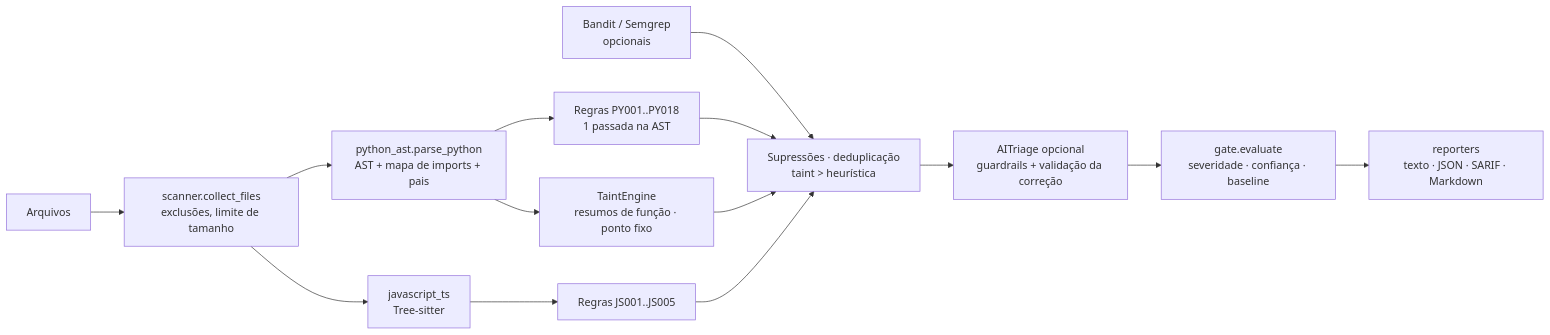
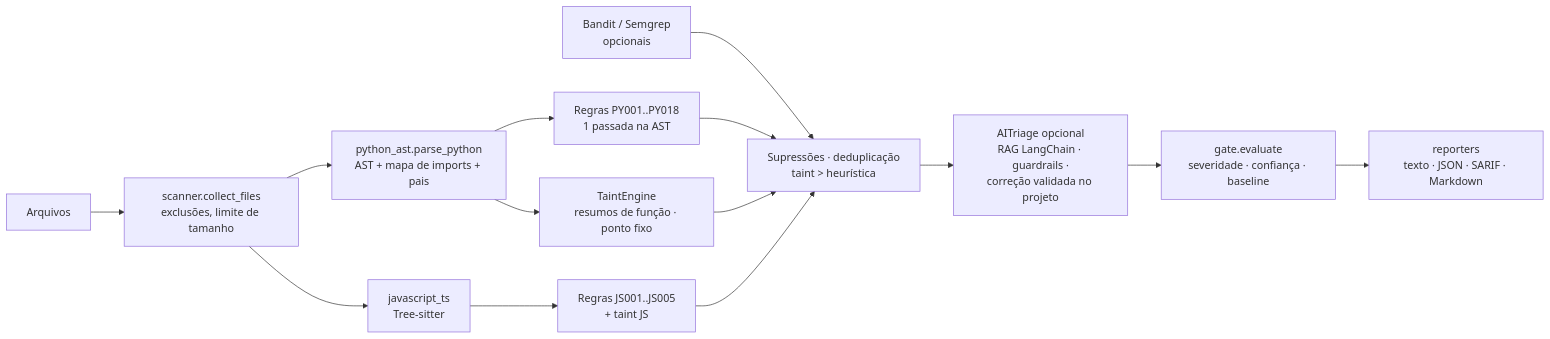
Before and after one commit to felipe3103/cp-sast-devsecops: the third of 4 diagrams in docs/arquitetura.md, drawn with Mermaid. The commit also changed other lines of this file and 34 other files, not shown here.

````diff
--- a/docs/arquitetura.md
+++ b/docs/arquitetura.md
@@ -51,16 +51,16 @@
 ```mermaid
 flowchart LR
     files[Arquivos] --> col[scanner.collect_files<br/>exclusões, limite de tamanho]
     col --> py[python_ast.parse_python<br/>AST + mapa de imports + pais]
     col --> js[javascript_ts<br/>Tree-sitter]
     py --> rules[Regras PY001..PY018<br/>1 passada na AST]
     py --> taint[TaintEngine<br/>resumos de função · ponto fixo]
-    js --> jsr[Regras JS001..JS005]
+    js --> jsr[Regras JS001..JS005<br/>+ taint JS]
     ext[Bandit / Semgrep<br/>opcionais] --> dedup
     rules --> dedup[Supressões · deduplicação<br/>taint &gt; heurística]
     taint --> dedup
     jsr --> dedup
-    dedup --> ai[AITriage opcional<br/>guardrails + validação da correção]
+    dedup --> ai[AITriage opcional<br/>RAG LangChain · guardrails ·<br/>correção validada no projeto]
     ai --> gate[gate.evaluate<br/>severidade · confiança · baseline]
     gate --> rep[reporters<br/>texto · JSON · SARIF · Markdown]
 ```
````
